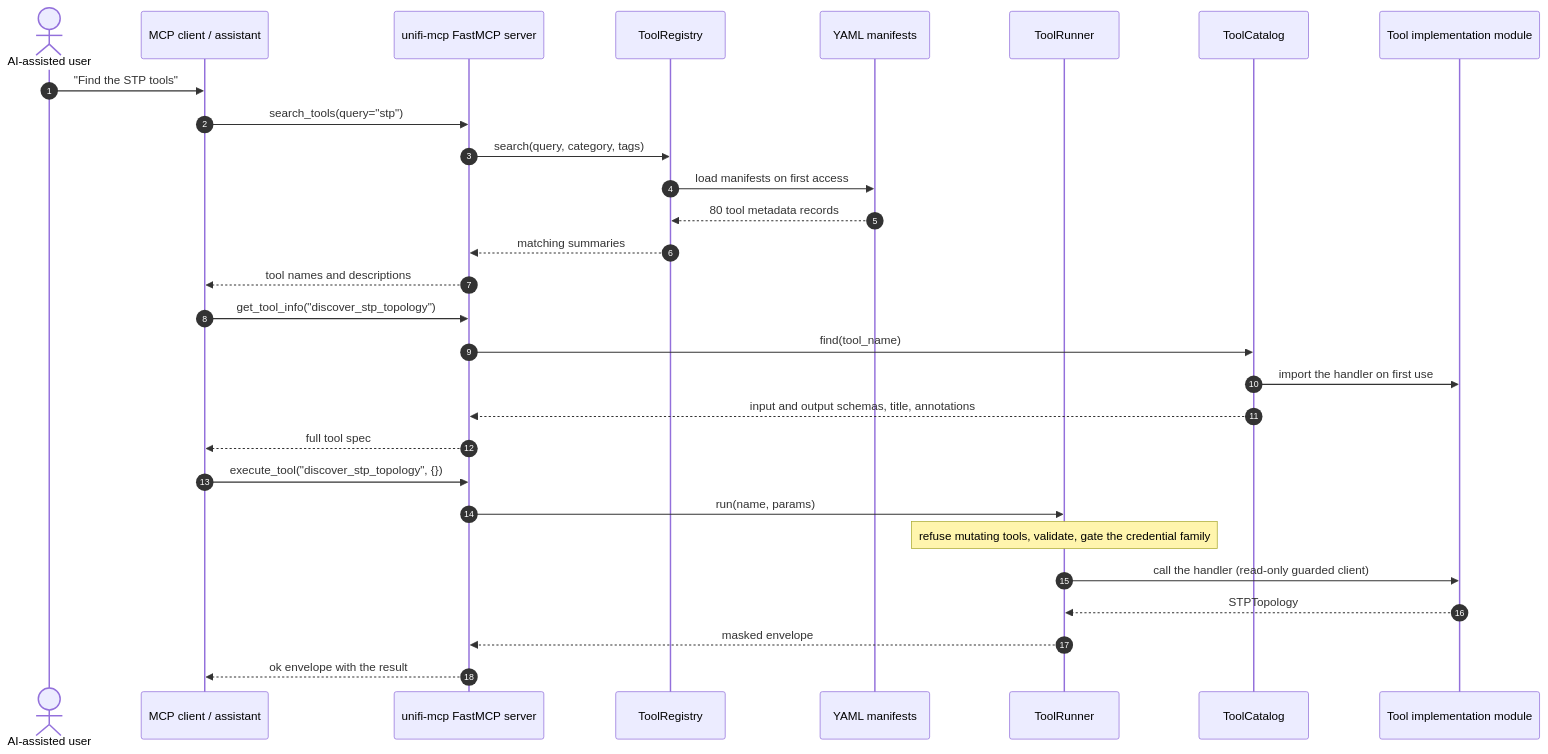
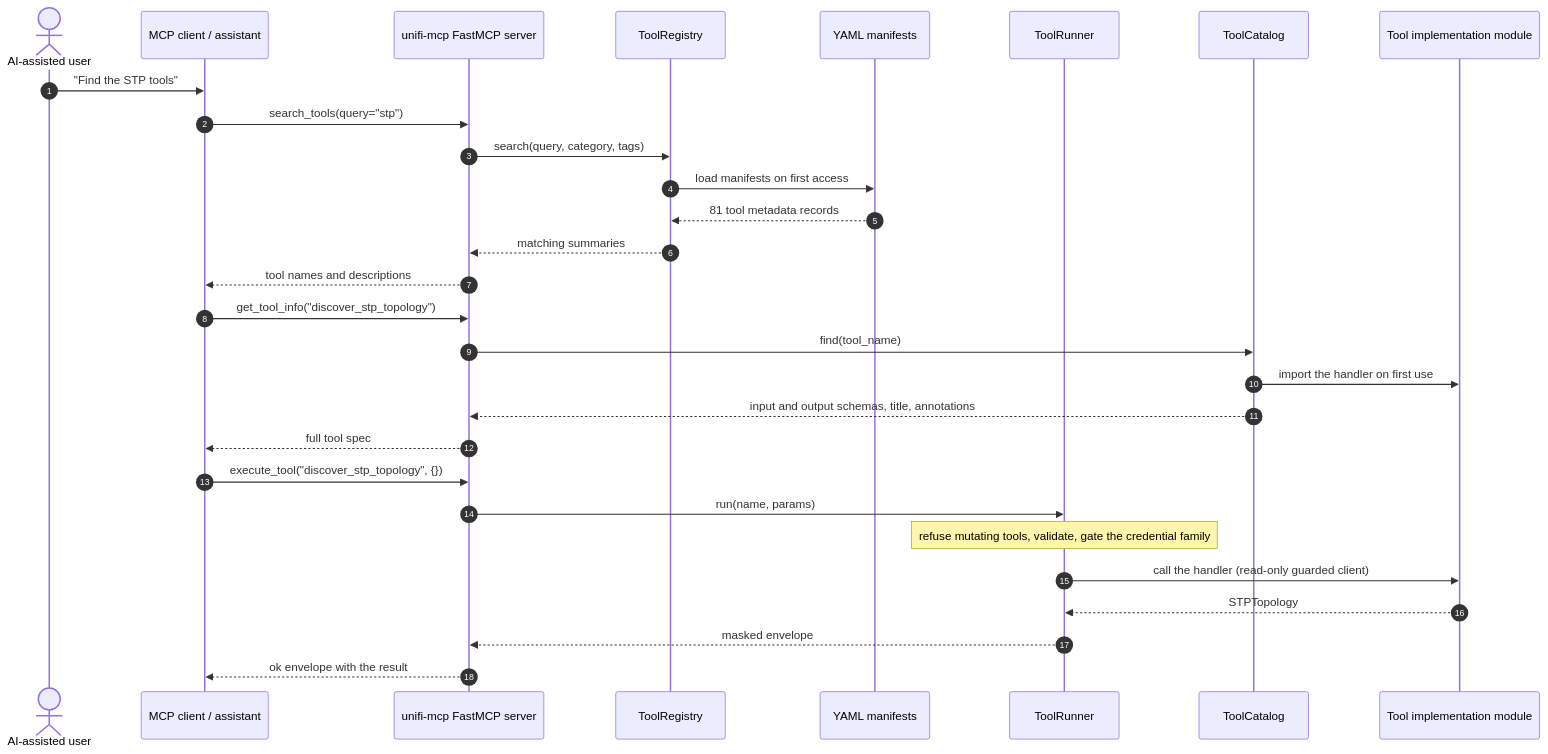
Before and after one commit to NetDevAutomate/unifi_management_cli: diagram 26 of 26 in docs/architecture/c4-architecture.md, drawn with Mermaid. The commit also changed other lines of this file and 16 other files, not shown here.

````diff
--- a/docs/architecture/c4-architecture.md
+++ b/docs/architecture/c4-architecture.md
@@ -1271,32 +1271,32 @@
 ```mermaid
 sequenceDiagram
     autonumber
     actor User as AI-assisted user
     participant Assistant as MCP client / assistant
     participant Server as unifi-mcp FastMCP server
     participant Registry as ToolRegistry
     participant Manifest as YAML manifests
     participant Runner as ToolRunner
     participant Catalog as ToolCatalog
     participant Tool as Tool implementation module
 
     User->>Assistant: "Find the STP tools"
     Assistant->>Server: search_tools(query="stp")
     Server->>Registry: search(query, category, tags)
     Registry->>Manifest: load manifests on first access
-    Manifest-->>Registry: 80 tool metadata records
+    Manifest-->>Registry: 81 tool metadata records
     Registry-->>Server: matching summaries
     Server-->>Assistant: tool names and descriptions
     Assistant->>Server: get_tool_info("discover_stp_topology")
     Server->>Catalog: find(tool_name)
     Catalog->>Tool: import the handler on first use
     Catalog-->>Server: input and output schemas, title, annotations
     Server-->>Assistant: full tool spec
     Assistant->>Server: execute_tool("discover_stp_topology", {})
     Server->>Runner: run(name, params)
     Note over Runner: refuse mutating tools, validate, gate the credential family
     Runner->>Tool: call the handler (read-only guarded client)
     Tool-->>Runner: STPTopology
     Runner-->>Server: masked envelope
     Server-->>Assistant: ok envelope with the result
 ```
````
